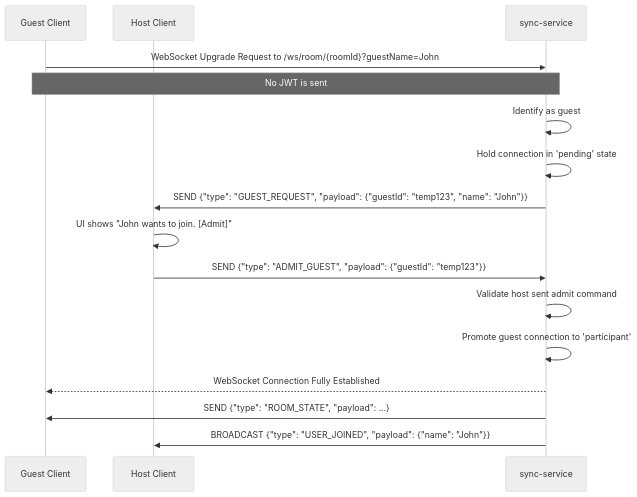
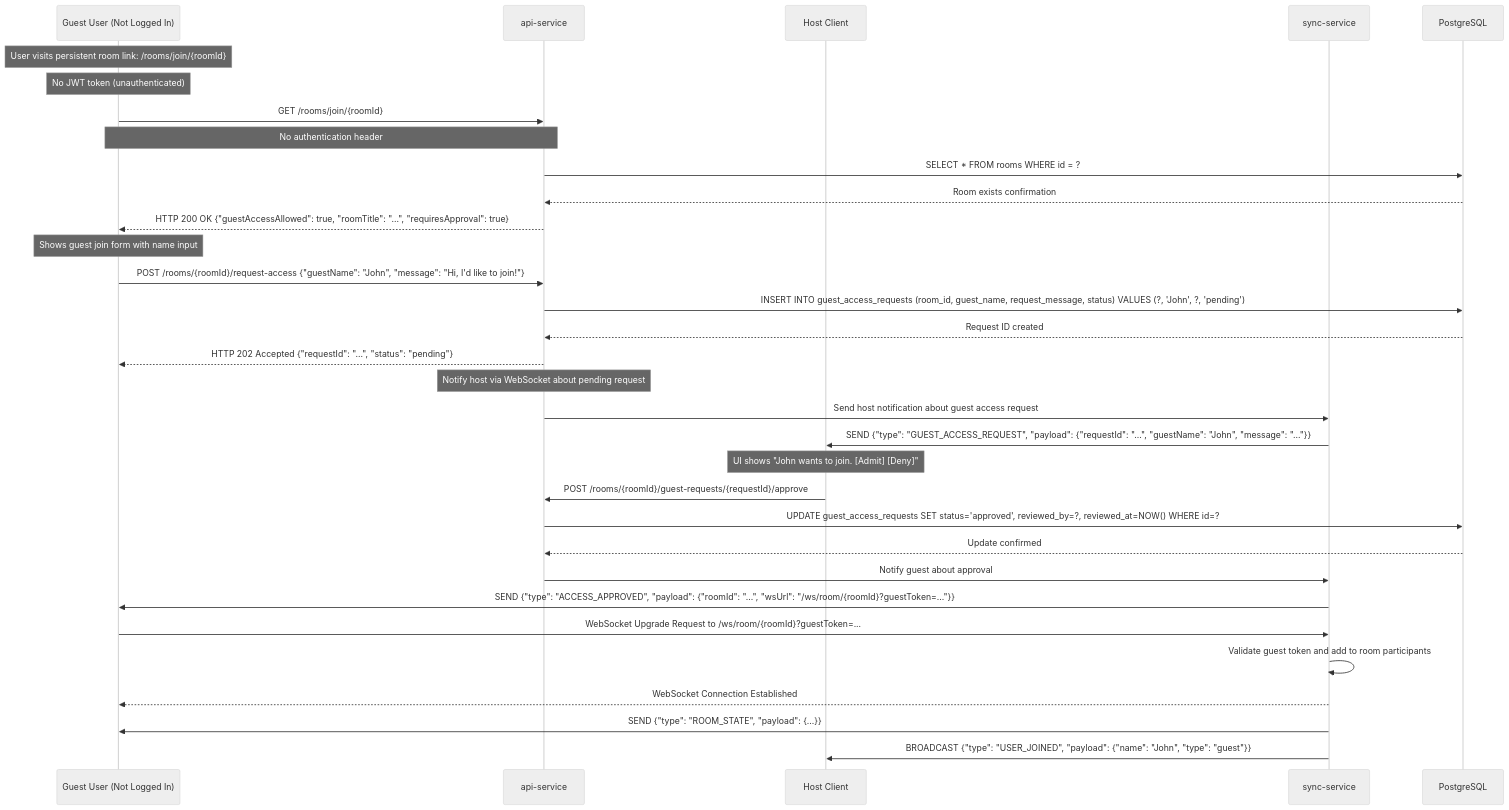
The diagram in docs/sequence-diagram/4-a-guest-user-joins-room.mermaid (c3llus/watch-party), drawn with Mermaid (neutral theme) before and after one commit. The commit also changed 12 other files, not shown here.

Commit message:
chore(backend): improve user's watch party room experience using a persistent one time approval system

```diff
--- a/docs/sequence-diagram/4-a-guest-user-joins-room.mermaid
+++ b/docs/sequence-diagram/4-a-guest-user-joins-room.mermaid
@@ -1,18 +1,39 @@
 sequenceDiagram
-    participant Guest as Guest Client
+    participant Guest as Guest User (Not Logged In)
+    participant API as api-service
     participant Host as Host Client
     participant Sync as sync-service
+    participant DB as PostgreSQL
 
-    Guest->>Sync: WebSocket Upgrade Request to /ws/room/{roomId}?guestName=John
-    Note over Guest, Sync: No JWT is sent
-    Sync->>Sync: Identify as guest
-    Sync->>Sync: Hold connection in 'pending' state
-    Sync->>Host: SEND {"type": "GUEST_REQUEST", "payload": {"guestId": "temp123", "name": "John"}}
-
-    Host->>Host: UI shows "John wants to join. [Admit]"
-    Host->>Sync: SEND {"type": "ADMIT_GUEST", "payload": {"guestId": "temp123"}}
-    Sync->>Sync: Validate host sent admit command
-    Sync->>Sync: Promote guest connection to 'participant'
-    Sync-->>Guest: WebSocket Connection Fully Established
-    Sync->>Guest: SEND {"type": "ROOM_STATE", "payload": ...}
-    Sync->>Host: BROADCAST {"type": "USER_JOINED", "payload": {"name": "John"}}
+    Note over Guest: User visits persistent room link: /rooms/join/{roomId}
+    Note over Guest: No JWT token (unauthenticated)
+    
+    Guest->>API: GET /rooms/join/{roomId}
+    Note over Guest, API: No authentication header
+    API->>DB: SELECT * FROM rooms WHERE id = ?
+    DB-->>API: Room exists confirmation
+    API-->>Guest: HTTP 200 OK {"guestAccessAllowed": true, "roomTitle": "...", "requiresApproval": true}
+    
+    Note over Guest: Shows guest join form with name input
+    Guest->>API: POST /rooms/{roomId}/request-access {"guestName": "John", "message": "Hi, I'd like to join!"}
+    API->>DB: INSERT INTO guest_access_requests (room_id, guest_name, request_message, status) VALUES (?, 'John', ?, 'pending')
+    DB-->>API: Request ID created
+    API-->>Guest: HTTP 202 Accepted {"requestId": "...", "status": "pending"}
+    
+    Note over API: Notify host via WebSocket about pending request
+    API->>Sync: Send host notification about guest access request
+    Sync->>Host: SEND {"type": "GUEST_ACCESS_REQUEST", "payload": {"requestId": "...", "guestName": "John", "message": "..."}}
+    
+    Note over Host: UI shows "John wants to join. [Admit] [Deny]"
+    Host->>API: POST /rooms/{roomId}/guest-requests/{requestId}/approve
+    API->>DB: UPDATE guest_access_requests SET status='approved', reviewed_by=?, reviewed_at=NOW() WHERE id=?
+    DB-->>API: Update confirmed
+    
+    API->>Sync: Notify guest about approval
+    Sync->>Guest: SEND {"type": "ACCESS_APPROVED", "payload": {"roomId": "...", "wsUrl": "/ws/room/{roomId}?guestToken=..."}}
+    
+    Guest->>Sync: WebSocket Upgrade Request to /ws/room/{roomId}?guestToken=...
+    Sync->>Sync: Validate guest token and add to room participants
+    Sync-->>Guest: WebSocket Connection Established
+    Sync->>Guest: SEND {"type": "ROOM_STATE", "payload": {...}}
+    Sync->>Host: BROADCAST {"type": "USER_JOINED", "payload": {"name": "John", "type": "guest"}}
```
